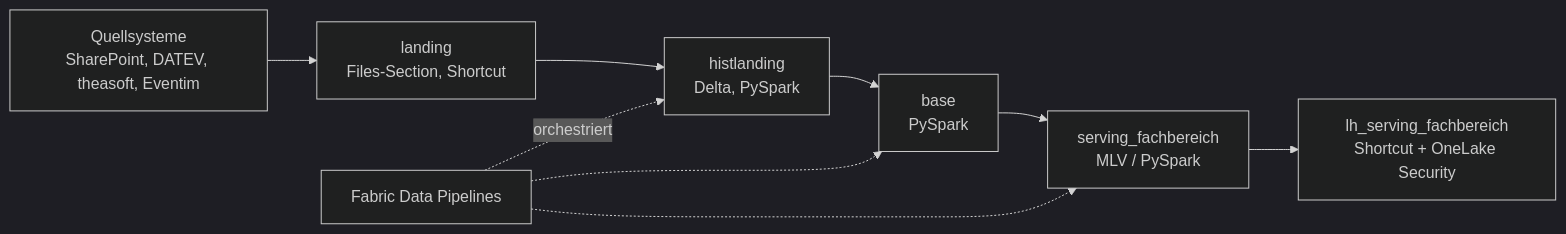
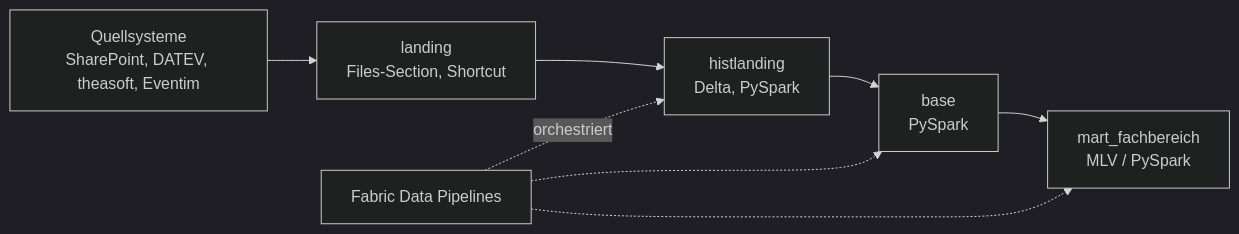
The diagram in docs/index.md (faudihno99/kro_testing), drawn with Mermaid (dark theme) before and after one commit. The commit also changed other lines of this file and 12 other files, not shown here.

````diff
--- a/docs/index.md
+++ b/docs/index.md
@@ -26,11 +26,10 @@
 ```mermaid
 flowchart LR
   Q["Quellsysteme<br/>SharePoint, DATEV, theasoft, Eventim"] --> L["landing<br/>Files-Section, Shortcut"]
   L --> H["histlanding<br/>Delta, PySpark"]
   H --> B["base<br/>PySpark"]
-  B --> S["serving_fachbereich<br/>MLV / PySpark"]
-  S --> SH["lh_serving_fachbereich<br/>Shortcut + OneLake Security"]
+  B --> S["mart_fachbereich<br/>MLV / PySpark"]
   P["Fabric Data Pipelines"] -.->|"orchestriert"| H
   P -.-> B
   P -.-> S
 ```
````
